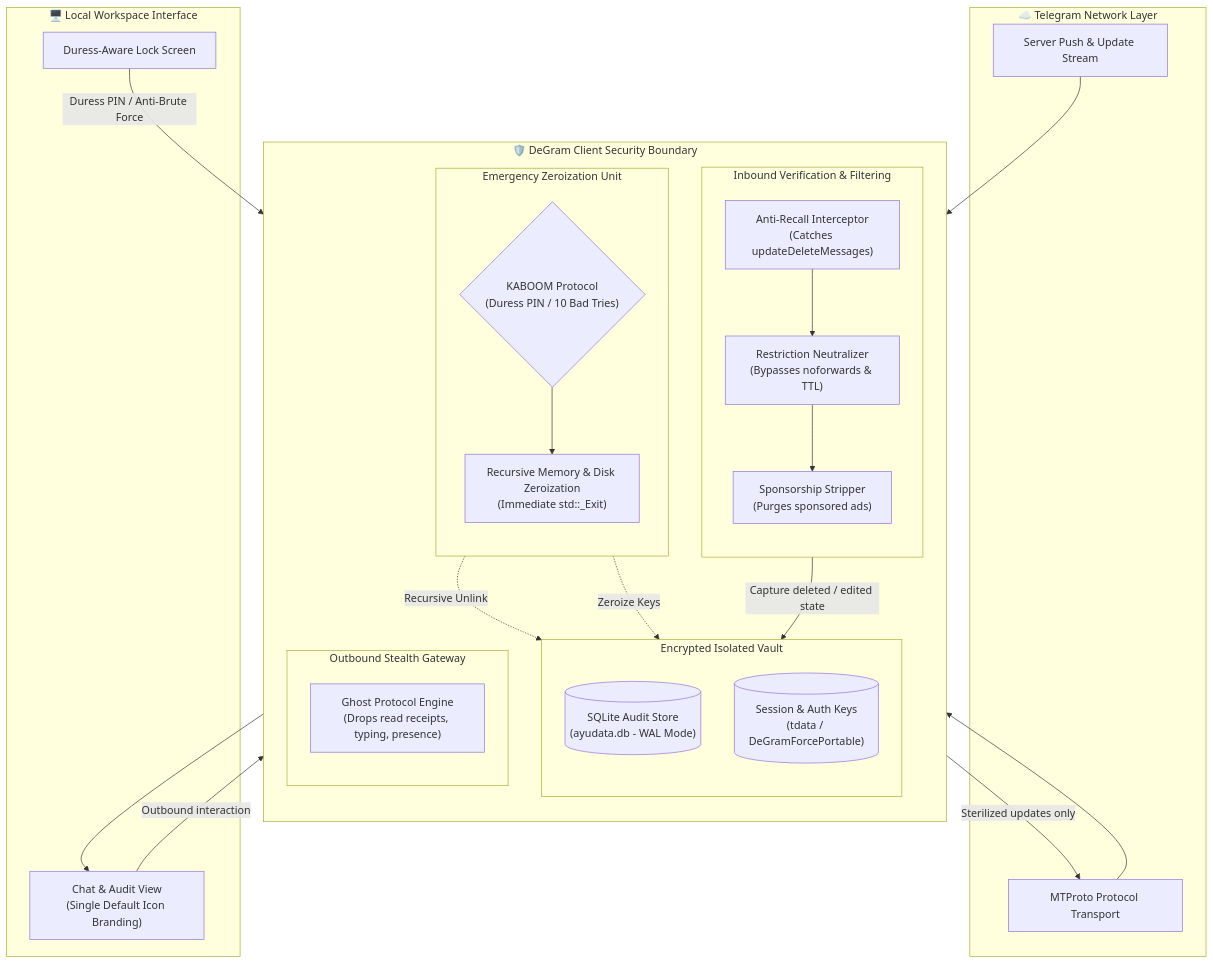
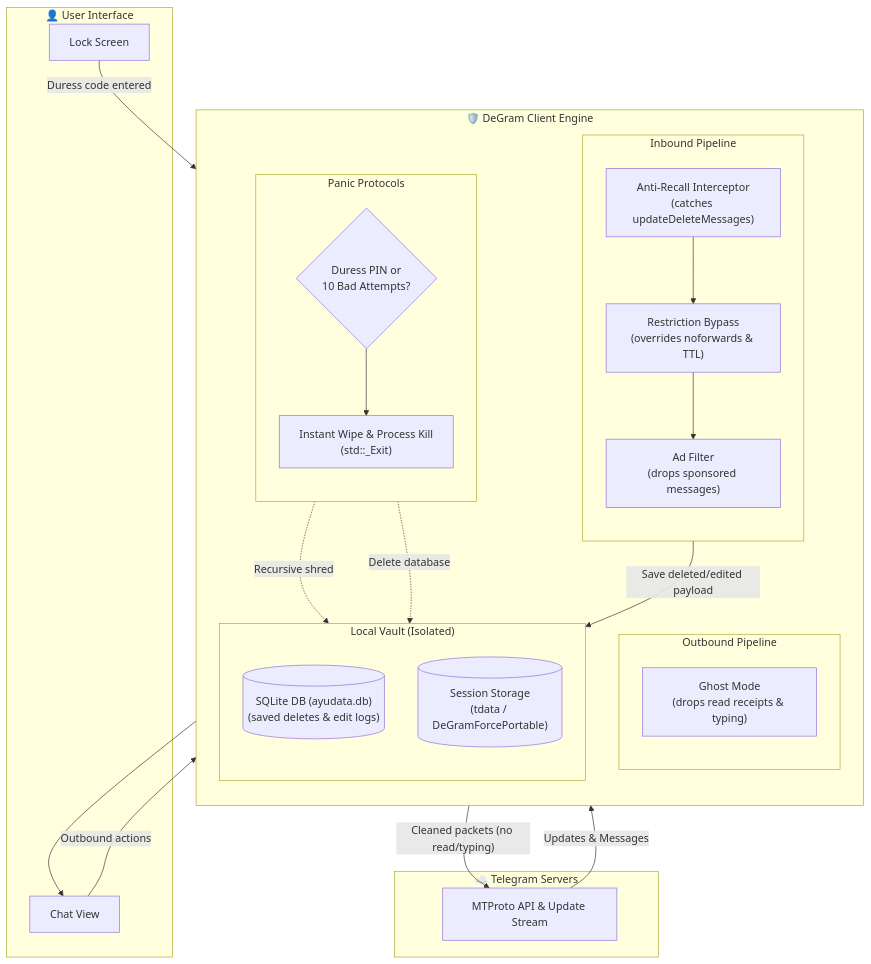
The diagram in README.md (intelQong/DeGram), drawn with Mermaid before and after one commit. The commit also changed other lines of this file and 3 other files, not shown here.

````diff
--- a/README.md
+++ b/README.md
@@ -68,53 +73,51 @@
 ```mermaid
 flowchart TD
-    subgraph Remote["☁️ Telegram Network Layer"]
-        API["MTProto Protocol Transport"]
-        PUSH["Server Push & Update Stream"]
+    subgraph Telegram["☁️ Telegram Servers"]
+        API["MTProto API & Update Stream"]
     end
 
-    subgraph Boundary["🛡️ DeGram Client Security Boundary"]
+    subgraph DeGram["🛡️ DeGram Client Engine"]
         direction TB
 
-        subgraph Inbound["Inbound Verification & Filtering"]
+        subgraph Inbound["Inbound Pipeline"]
             direction TB
-            AR["Anti-Recall Interceptor\n(Catches updateDeleteMessages)"]
-            DRM["Restriction Neutralizer\n(Bypasses noforwards & TTL)"]
-            AD["Sponsorship Stripper\n(Purges sponsored ads)"]
+            AR["Anti-Recall Interceptor\n(catches updateDeleteMessages)"]
+            DRM["Restriction Bypass\n(overrides noforwards & TTL)"]
+            AD["Ad Filter\n(drops sponsored messages)"]
         end
 
-        subgraph Storage["Encrypted Isolated Vault"]
+        subgraph Outbound["Outbound Pipeline"]
             direction TB
-            SQL[("SQLite Audit Store\n(ayudata.db - WAL Mode)")]
-            KEYS[("Session & Auth Keys\n(tdata / DeGramForcePortable)")]
+            GM["Ghost Mode\n(drops read receipts & typing)"]
         end
 
-        subgraph Outbound["Outbound Stealth Gateway"]
+        subgraph Storage["Local Vault (Isolated)"]
             direction TB
-            GHOST["Ghost Protocol Engine\n(Drops read receipts, typing, presence)"]
+            SQL[("SQLite DB (ayudata.db)\n(saved deletes & edit logs)")]
+            KEYS[("Session Storage\n(tdata / DeGramForcePortable)")]
         end
 
-        subgraph Protocol["Emergency Zeroization Unit"]
+        subgraph Safety["Panic Protocols"]
             direction TB
-            KABOOM{"KABOOM Protocol\n(Duress PIN / 10 Bad Tries)"}
-            WIPE["Recursive Memory & Disk Zeroization\n(Immediate std::_Exit)"]
+            DURESS{"Duress PIN or\n10 Bad Attempts?"}
+            KABOOM["Instant Wipe & Process Kill\n(std::_Exit)"]
         end
     end
 
-    subgraph User["🖥️ Local Workspace Interface"]
-        UI["Chat & Audit View\n(Single Default Icon Branding)"]
-        LOCK["Duress-Aware Lock Screen"]
+    subgraph User["👤 User Interface"]
+        CHAT["Chat View"]
+        LOCK["Lock Screen"]
     end
 
-    PUSH --> AR
-    API --> AR
-    AR -- "Capture deleted / edited state" --> SQL
-    AR --> DRM --> AD --> UI
+    API -- "Updates & Messages" --> AR
+    AR -- "Save deleted/edited payload" --> SQL
+    AR --> DRM --> AD --> CHAT
 
-    UI -- "Outbound interaction" --> GHOST
-    GHOST -- "Sterilized updates only" --> API
+    CHAT -- "Outbound actions" --> GM
+    GM -- "Cleaned packets (no read/typing)" --> API
 
-    LOCK -- "Duress PIN / Anti-Brute Force" --> KABOOM
-    KABOOM --> WIPE
-    WIPE -.->|"Recursive Unlink"| SQL
-    WIPE -.->|"Zeroize Keys"| KEYS
+    LOCK -- "Duress code entered" --> DURESS
+    DURESS --> KABOOM
+    KABOOM -.->|"Recursive shred"| KEYS
+    KABOOM -.->|"Delete database"| SQL
 ```
````
